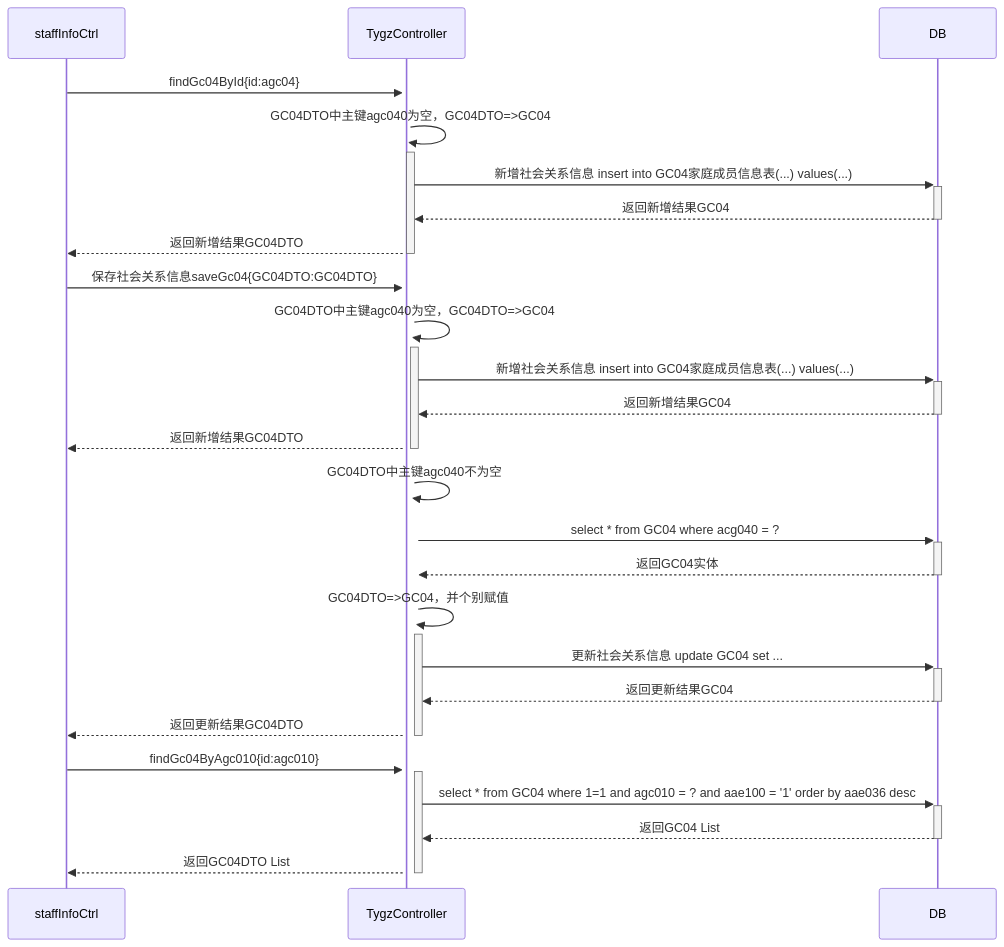
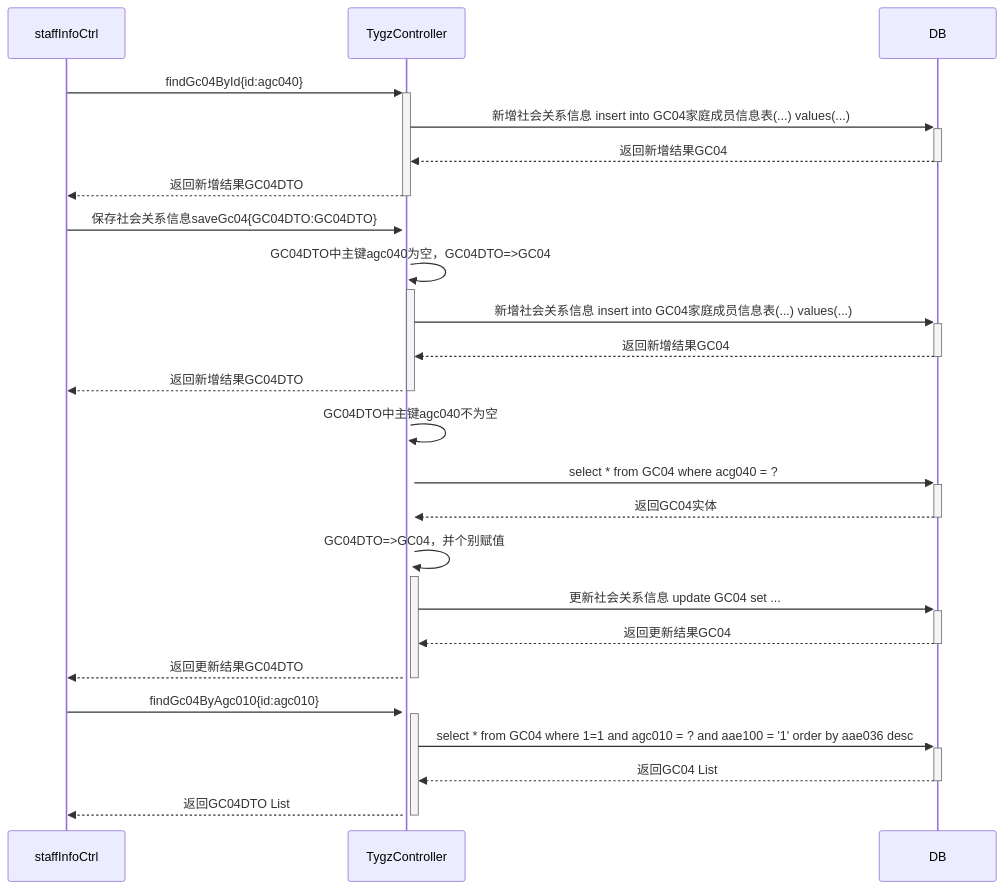
Before and after one commit to ZhangJianBeiJing/iodraw-files: the diagram in all/未命名.md, drawn with Mermaid.

Commit message:
2025-03-25 17:39:23 update

````diff
--- a/all/未命名.md
+++ b/all/未命名.md
@@ -1,26 +1,26 @@
 ```mermaid
 sequenceDiagram
-    staffInfoCtrl->>+TygzController:findGc04ById{id:agc04}
-    TygzController->>+TygzController:GC04DTO中主键agc040为空，GC04DTO=>GC04
+    staffInfoCtrl->>+TygzController:findGc04ById{id:agc040}
+
     TygzController->>+DB:新增社会关系信息 insert into GC04家庭成员信息表(...) values(...)
     DB-->>-TygzController:返回新增结果GC04
     TygzController-->>-staffInfoCtrl:返回新增结果GC04DTO
 
     staffInfoCtrl->>+TygzController:保存社会关系信息saveGc04{GC04DTO:GC04DTO}
     TygzController->>+TygzController:GC04DTO中主键agc040为空，GC04DTO=>GC04
     TygzController->>+DB:新增社会关系信息 insert into GC04家庭成员信息表(...) values(...)
     DB-->>-TygzController:返回新增结果GC04
     TygzController-->>-staffInfoCtrl:返回新增结果GC04DTO
     TygzController->>+TygzController:GC04DTO中主键agc040不为空
     TygzController->>+DB:select * from GC04 where acg040 = ?
     DB-->>-TygzController:返回GC04实体
     TygzController->>+TygzController:GC04DTO=>GC04，并个别赋值
     TygzController->>+DB:更新社会关系信息 update GC04 set ...
     DB-->>-TygzController:返回更新结果GC04
     TygzController-->>-staffInfoCtrl:返回更新结果GC04DTO
 
     staffInfoCtrl->>+TygzController:findGc04ByAgc010{id:agc010}
     TygzController->>+DB:select * from GC04 where 1=1 and agc010 = ? and aae100 = '1' order by aae036 desc
     DB-->>-TygzController:返回GC04 List
     TygzController-->>-staffInfoCtrl:返回GC04DTO List
 ```
````
